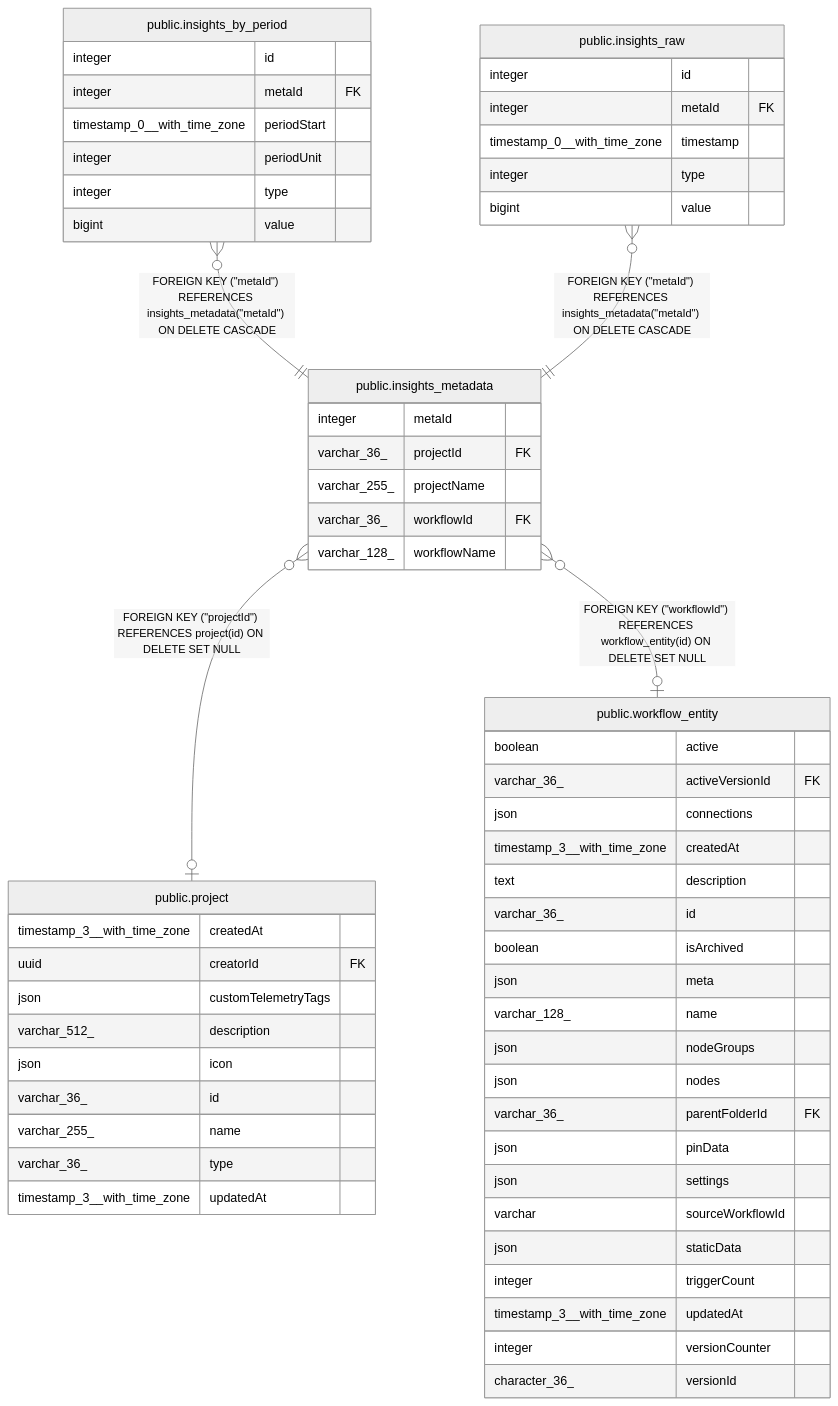
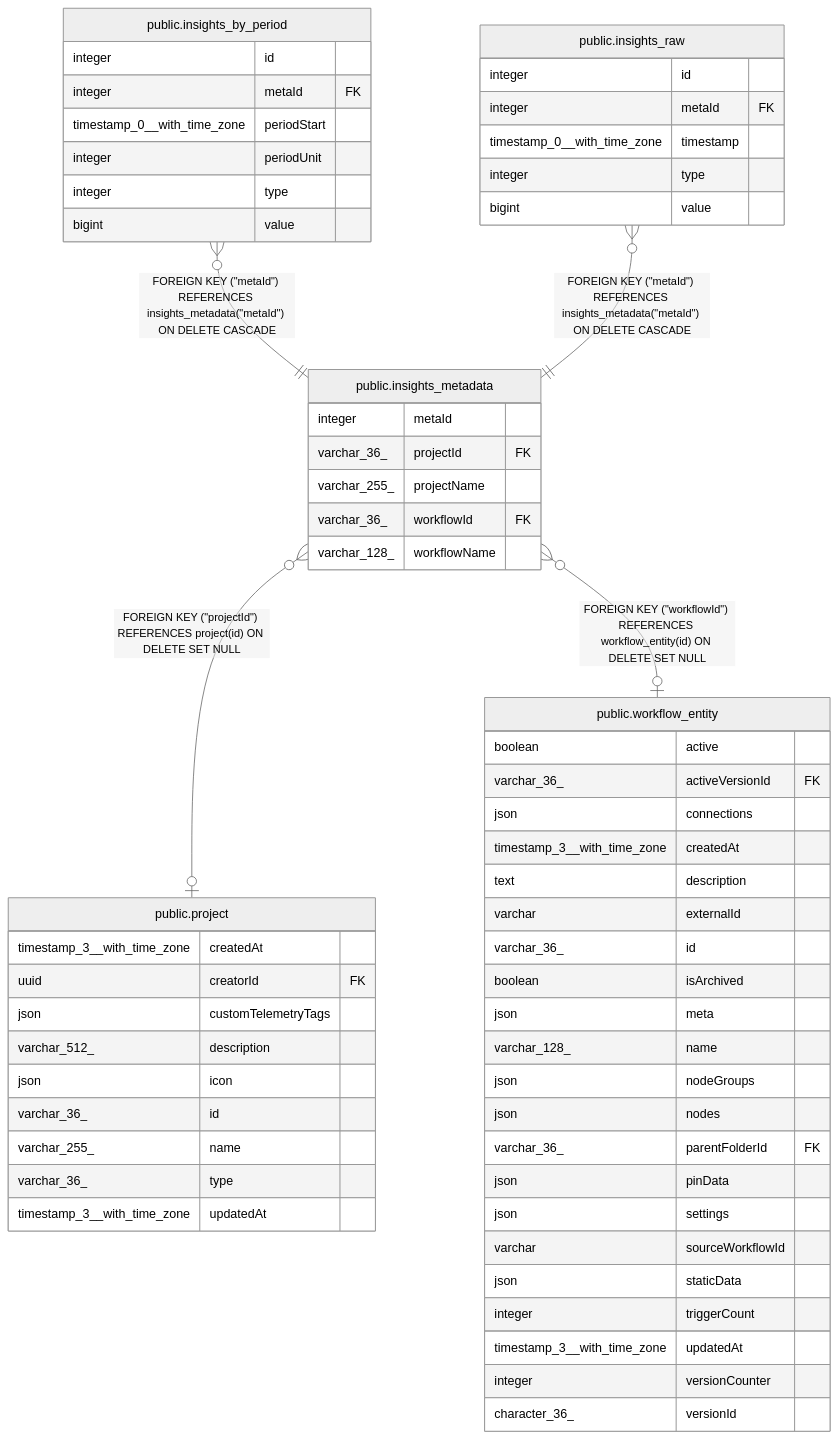
The diagram in docs/generated/postgres-schema/public.insights_metadata.md (mayankjain1815-commits/n8n), drawn with Mermaid (neutral theme) before and after one commit. The commit also changed 65 other files, not shown here.

````diff
--- a/docs/generated/postgres-schema/public.insights_metadata.md
+++ b/docs/generated/postgres-schema/public.insights_metadata.md
@@ -33,64 +33,65 @@
 ```mermaid
 erDiagram
 
 "public.insights_by_period" }o--|| "public.insights_metadata" : "FOREIGN KEY (#quot;metaId#quot;) REFERENCES insights_metadata(#quot;metaId#quot;) ON DELETE CASCADE"
 "public.insights_raw" }o--|| "public.insights_metadata" : "FOREIGN KEY (#quot;metaId#quot;) REFERENCES insights_metadata(#quot;metaId#quot;) ON DELETE CASCADE"
 "public.insights_metadata" }o--o| "public.project" : "FOREIGN KEY (#quot;projectId#quot;) REFERENCES project(id) ON DELETE SET NULL"
 "public.insights_metadata" }o--o| "public.workflow_entity" : "FOREIGN KEY (#quot;workflowId#quot;) REFERENCES workflow_entity(id) ON DELETE SET NULL"
 
 "public.insights_metadata" {
   integer metaId
   varchar_36_ projectId FK
   varchar_255_ projectName
   varchar_36_ workflowId FK
   varchar_128_ workflowName
 }
 "public.insights_by_period" {
   integer id
   integer metaId FK
   timestamp_0__with_time_zone periodStart
   integer periodUnit
   integer type
   bigint value
 }
 "public.insights_raw" {
   integer id
   integer metaId FK
   timestamp_0__with_time_zone timestamp
   integer type
   bigint value
 }
 "public.project" {
   timestamp_3__with_time_zone createdAt
   uuid creatorId FK
   json customTelemetryTags
   varchar_512_ description
   json icon
   varchar_36_ id
   varchar_255_ name
   varchar_36_ type
   timestamp_3__with_time_zone updatedAt
 }
 "public.workflow_entity" {
   boolean active
   varchar_36_ activeVersionId FK
   json connections
   timestamp_3__with_time_zone createdAt
   text description
+  varchar externalId
   varchar_36_ id
   boolean isArchived
   json meta
   varchar_128_ name
   json nodeGroups
   json nodes
   varchar_36_ parentFolderId FK
   json pinData
   json settings
   varchar sourceWorkflowId
   json staticData
   integer triggerCount
   timestamp_3__with_time_zone updatedAt
   integer versionCounter
   character_36_ versionId
 }
 ```
````
